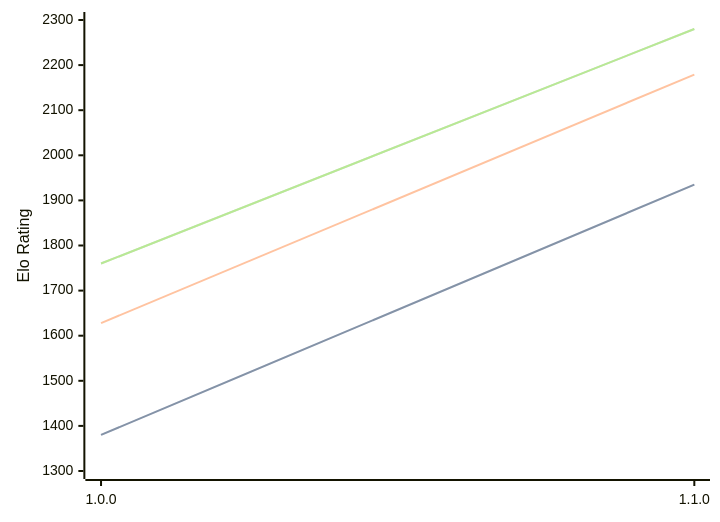
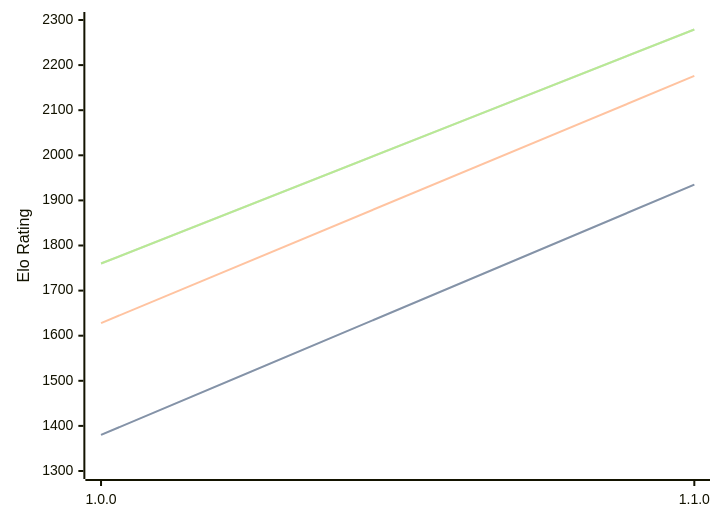
One commit to computer-chess-index/cci changed the diagram in engines/Akerbeltz.md. Above: the diagram before and after it, drawn with Mermaid. The commit also changed other lines of this file, not shown here.

Commit message:
Update CCI Ratings (ELO VLTC) - 2026-06-10

````diff
--- a/engines/Akerbeltz.md
+++ b/engines/Akerbeltz.md
@@ -32,11 +32,11 @@
 ```mermaid
 %%{init: {"theme":"base","themeVariables":{"seriesColors:['#a3a3a3','#222221','#faa371']}}}%%
 xychart-beta
   x-axis ["1.0.0", "1.1.0"]
   y-axis "Elo Rating" 1300 --> 2300
   line "STC (8.0+0.08s)" [1380, 1935]
   line "STC (8.0+0.08s)" [1380, 1935]
-  line "LTC (60.0+0.60s)" [1628, 2179]
-  line "VLTC (2m24s+1.12s)" [1760, 2280]
-  line "VLTC (2m24s+1.12s)" [1760, 2280]
+  line "LTC (60.0+0.60s)" [1628, 2176]
+  line "VLTC (2m24s+1.12s)" [1760, 2279]
+  line "VLTC (2m24s+1.12s)" [1760, 2279]
 ```
````
